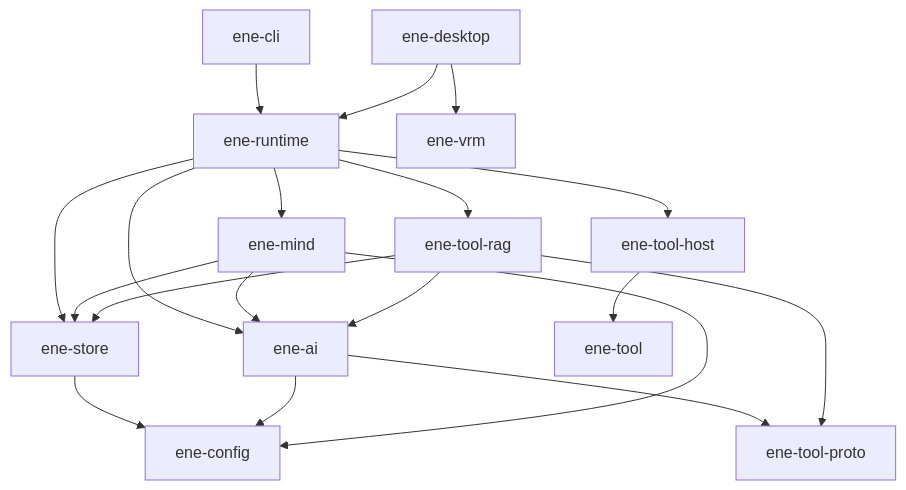
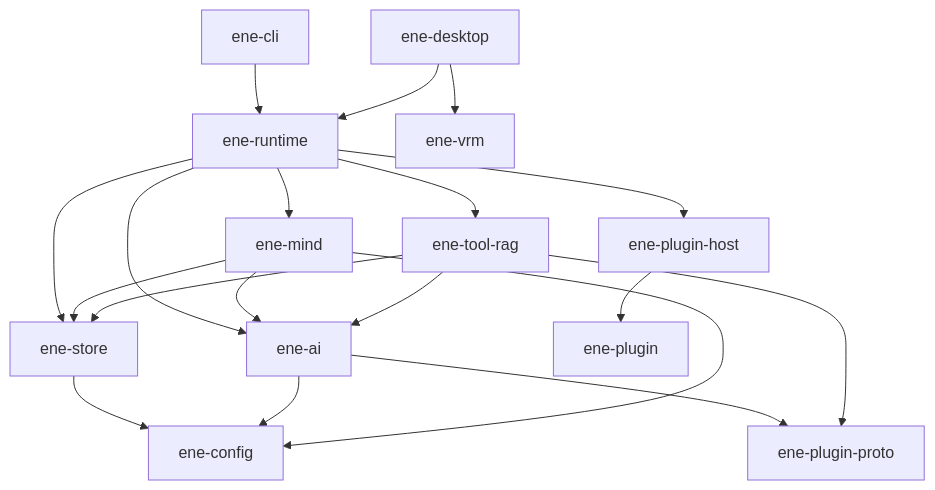
One commit to pexisgle/ene changed the diagram in docs/ja/reference/architecture/api-v1.md. Above: the diagram before and after it, drawn with Mermaid. The commit also changed other lines of this file and 68 other files, not shown here.

````diff
--- a/docs/ja/reference/architecture/api-v1.md
+++ b/docs/ja/reference/architecture/api-v1.md
@@ -65,21 +65,21 @@
 ```mermaid
 flowchart TD
   cli["ene-cli"] --> runtime["ene-runtime"]
   desktop["ene-desktop"] --> runtime
   desktop --> vrm["ene-vrm"]
   runtime --> mind["ene-mind"]
   runtime --> store["ene-store"]
   runtime --> ai["ene-ai"]
-  runtime --> toolHost["ene-tool-host"]
+  runtime --> toolHost["ene-plugin-host"]
   runtime --> toolRag["ene-tool-rag"]
   mind --> store
   mind --> ai
-  ai --> toolProto["ene-tool-proto"]
-  toolHost --> tool["ene-tool"]
+  ai --> toolProto["ene-plugin-proto"]
+  toolHost --> tool["ene-plugin"]
   toolRag --> ai
   toolRag --> store
   toolRag --> toolProto
   store --> config["ene-config"]
   ai --> config
   mind --> config
 ```
````
